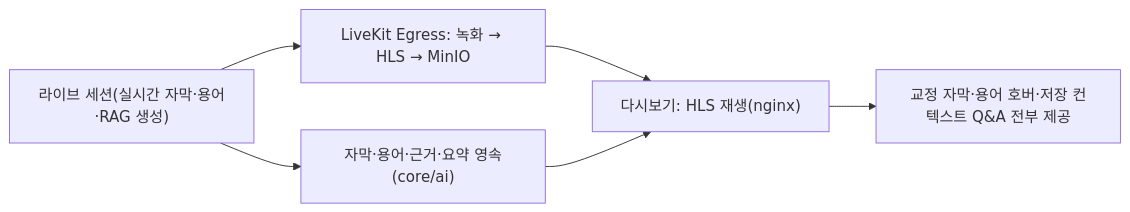
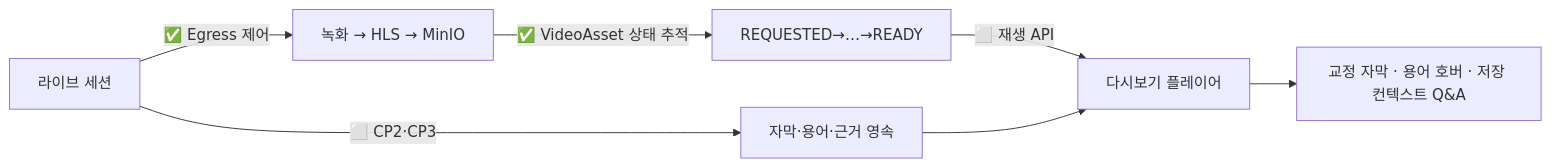
One commit to thdwjdrl401/jiphyeonjeon changed the sixth of 7 diagrams in docs/ARCHITECTURE.md. Above: the diagram before and after it, drawn with Mermaid. The commit also changed other lines of this file, not shown here.

````diff
--- a/docs/ARCHITECTURE.md
+++ b/docs/ARCHITECTURE.md
@@ -135,8 +248,9 @@
 ```mermaid
 flowchart LR
-  L["라이브 세션(실시간 자막·용어·RAG 생성)"] --> EG["LiveKit Egress: 녹화 → HLS → MinIO"]
-  L --> DB["자막·용어·근거·요약 영속(core/ai)"]
-  EG --> RP["다시보기: HLS 재생(nginx)"]
+  L["라이브 세션"] -->|"✅ Egress 제어"| EG["녹화 → HLS → MinIO"]
+  L -->|"⬜ CP2·CP3"| DB["자막·용어·근거 영속"]
+  EG -->|"✅ VideoAsset 상태 추적"| VA["REQUESTED→…→READY"]
+  VA -->|"⬜ 재생 API"| RP["다시보기 플레이어"]
   DB --> RP
-  RP --> DONE["교정 자막·용어 호버·저장 컨텍스트 Q&A 전부 제공"]
+  RP --> DONE["교정 자막 · 용어 호버 · 저장 컨텍스트 Q&A"]
 ```
````
